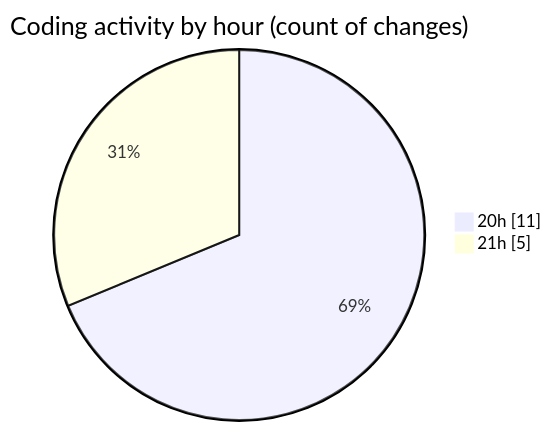
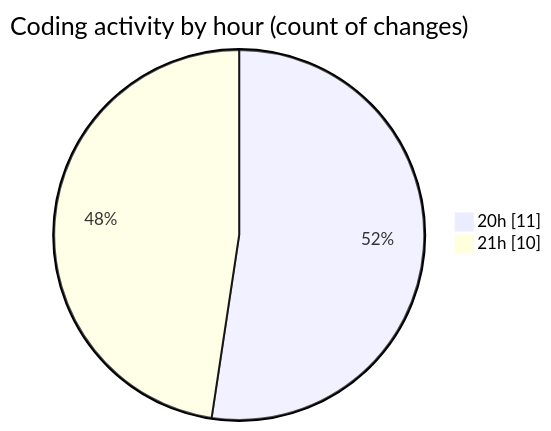
The second of 2 diagrams in 2025-04-10/myws__workspace_/README.md (MatusMokan/code-tracking), drawn with Mermaid before and after one commit. The commit also changed other lines of this file and 1 other file, not shown here.

````diff
--- a/2025-04-10/myws__workspace_/README.md
+++ b/2025-04-10/myws__workspace_/README.md
@@ -30,6 +30,6 @@
 ```mermaid
 pie showData
 title Coding activity by hour (count of changes)
 "20h" : 11
-"21h" : 5
+"21h" : 10
 ```
````
